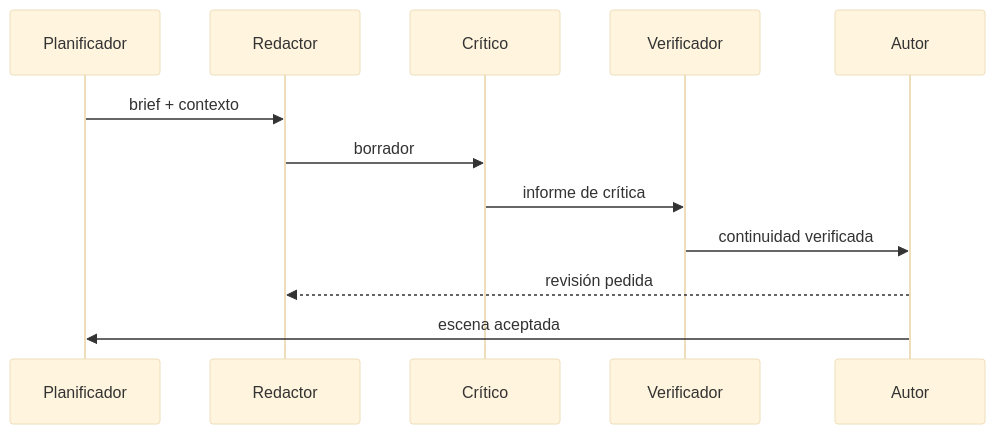
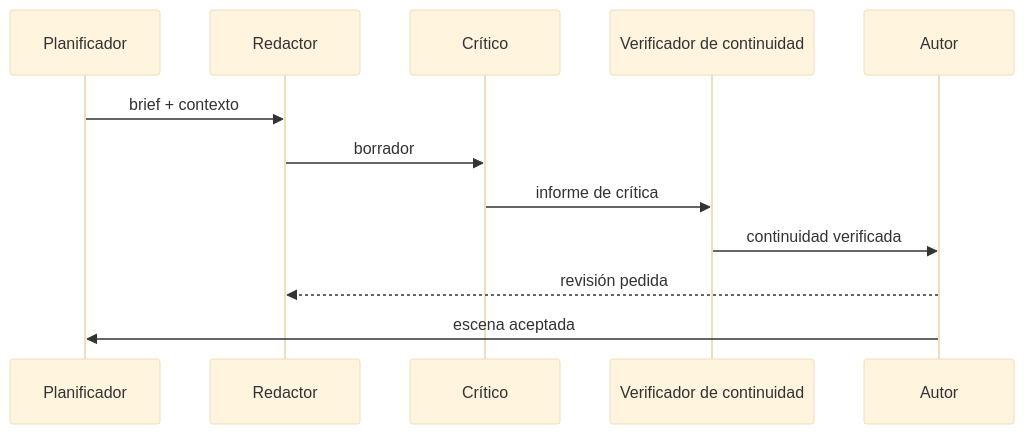
Diagram 20 of 20 in docs/domain-knowledge.md (BrunoCrz3/MyStory), drawn with Mermaid (base theme) before and after one commit. The commit also changed other lines of this file and 1 other file, not shown here.

````diff
--- a/docs/domain-knowledge.md
+++ b/docs/domain-knowledge.md
@@ -346,14 +356,14 @@
 ```mermaid
 sequenceDiagram
   participant P as Planificador
   participant R as Redactor
   participant C as Crítico
-  participant V as Verificador
+  participant V as Verificador de continuidad
   participant A as Autor
   P->>R: brief + contexto
   R->>C: borrador
   C->>V: informe de crítica
   V->>A: continuidad verificada
   A-->>R: revisión pedida
   A->>P: escena aceptada
 ```
````
